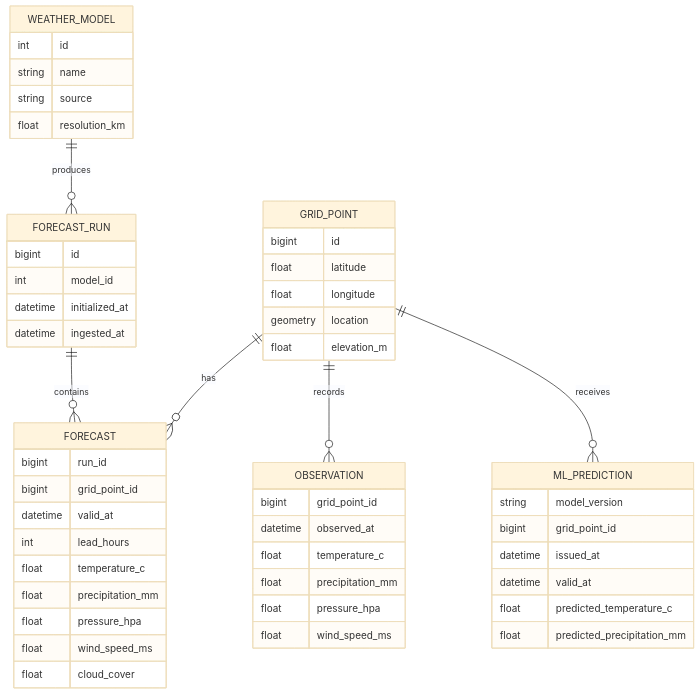
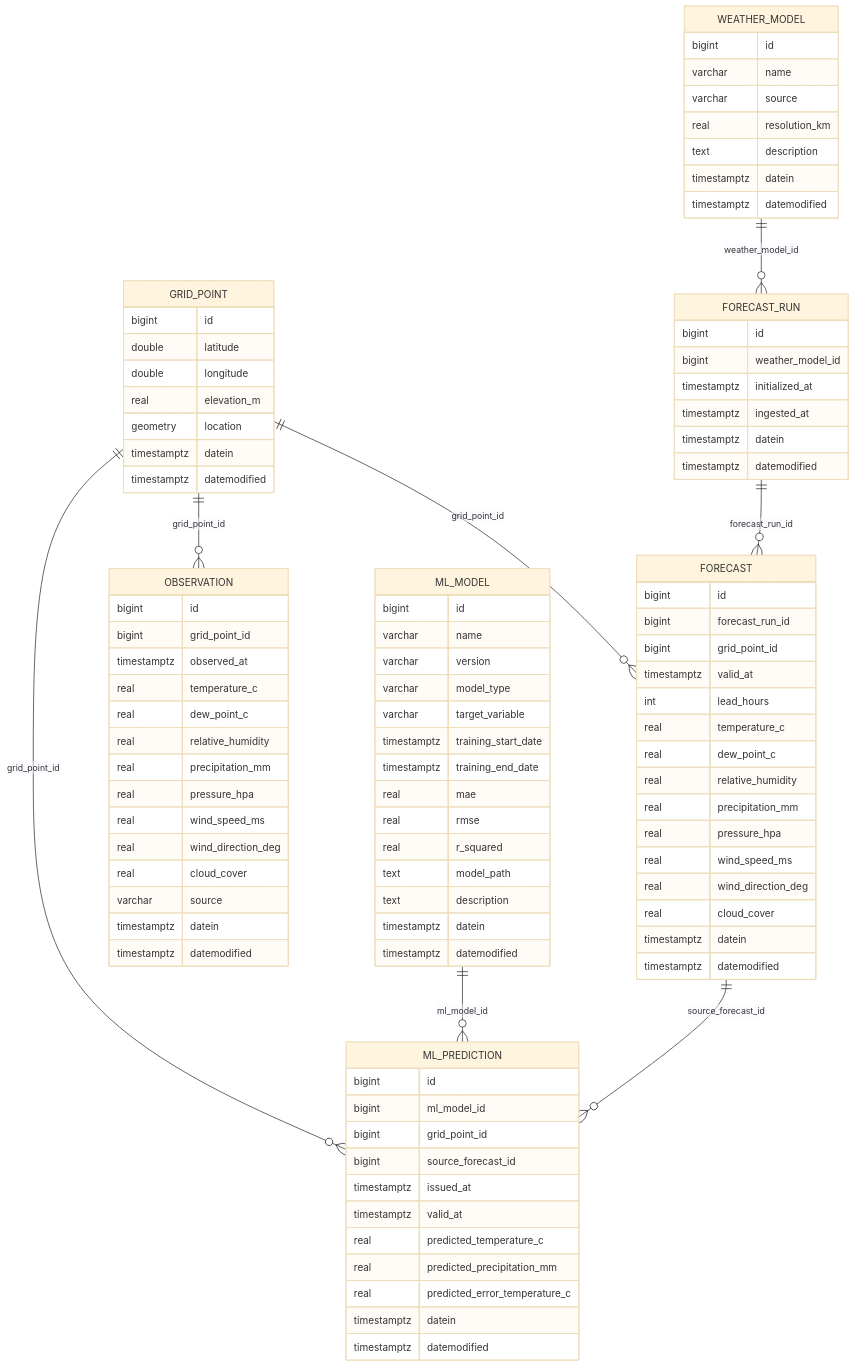
Before and after one commit to Buffalo-Machine-Learning/WeatherMapping: the second of 2 diagrams in README.md, drawn with Mermaid (base theme).

Commit message:
update data model

````diff
--- a/README.md
+++ b/README.md
@@ -100,60 +100,105 @@
 ```mermaid
 erDiagram
-    WEATHER_MODEL ||--o{ FORECAST_RUN : produces
-    FORECAST_RUN ||--o{ FORECAST : contains
-    GRID_POINT ||--o{ FORECAST : has
-    GRID_POINT ||--o{ OBSERVATION : records
-    GRID_POINT ||--o{ ML_PREDICTION : receives
+    WEATHER_MODEL {
+        bigint id
+        varchar name
+        varchar source
+        real resolution_km
+        text description
+        timestamptz datein
+        timestamptz datemodified
+    }
 
-    WEATHER_MODEL {
-        int id
-        string name
-        string source
-        float resolution_km
+    GRID_POINT {
+        bigint id
+        double latitude
+        double longitude
+        real elevation_m
+        geometry location
+        timestamptz datein
+        timestamptz datemodified
     }
 
     FORECAST_RUN {
         bigint id
-        int model_id
-        datetime initialized_at
-        datetime ingested_at
-    }
-
-    GRID_POINT {
-        bigint id
-        float latitude
-        float longitude
-        geometry location
-        float elevation_m
+        bigint weather_model_id
+        timestamptz initialized_at
+        timestamptz ingested_at
+        timestamptz datein
+        timestamptz datemodified
     }
 
     FORECAST {
-        bigint run_id
+        bigint id
+        bigint forecast_run_id
         bigint grid_point_id
-        datetime valid_at
+        timestamptz valid_at
         int lead_hours
-        float temperature_c
-        float precipitation_mm
-        float pressure_hpa
-        float wind_speed_ms
-        float cloud_cover
+        real temperature_c
+        real dew_point_c
+        real relative_humidity
+        real precipitation_mm
+        real pressure_hpa
+        real wind_speed_ms
+        real wind_direction_deg
+        real cloud_cover
+        timestamptz datein
+        timestamptz datemodified
     }
 
     OBSERVATION {
+        bigint id
         bigint grid_point_id
-        datetime observed_at
-        float temperature_c
-        float precipitation_mm
-        float pressure_hpa
-        float wind_speed_ms
+        timestamptz observed_at
+        real temperature_c
+        real dew_point_c
+        real relative_humidity
+        real precipitation_mm
+        real pressure_hpa
+        real wind_speed_ms
+        real wind_direction_deg
+        real cloud_cover
+        varchar source
+        timestamptz datein
+        timestamptz datemodified
+    }
+
+    ML_MODEL {
+        bigint id
+        varchar name
+        varchar version
+        varchar model_type
+        varchar target_variable
+        timestamptz training_start_date
+        timestamptz training_end_date
+        real mae
+        real rmse
+        real r_squared
+        text model_path
+        text description
+        timestamptz datein
+        timestamptz datemodified
     }
 
     ML_PREDICTION {
-        string model_version
+        bigint id
+        bigint ml_model_id
         bigint grid_point_id
-        datetime issued_at
-        datetime valid_at
-        float predicted_temperature_c
-        float predicted_precipitation_mm
+        bigint source_forecast_id
+        timestamptz issued_at
+        timestamptz valid_at
+        real predicted_temperature_c
+        real predicted_precipitation_mm
+        real predicted_error_temperature_c
+        timestamptz datein
+        timestamptz datemodified
     }
+
+    WEATHER_MODEL ||--o{ FORECAST_RUN : weather_model_id
+    FORECAST_RUN ||--o{ FORECAST : forecast_run_id
+    GRID_POINT ||--o{ FORECAST : grid_point_id
+    GRID_POINT ||--o{ OBSERVATION : grid_point_id
+    GRID_POINT ||--o{ ML_PREDICTION : grid_point_id
+    ML_MODEL ||--o{ ML_PREDICTION : ml_model_id
+    FORECAST ||--o{ ML_PREDICTION : source_forecast_id
 ```
````
